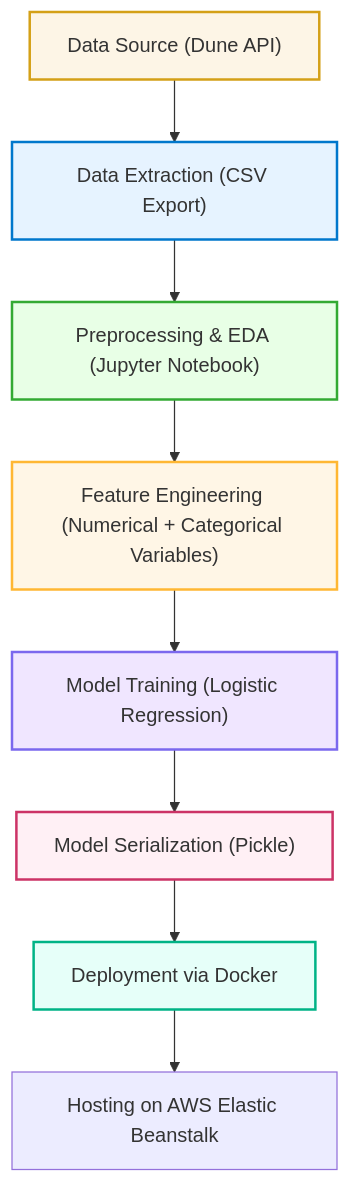
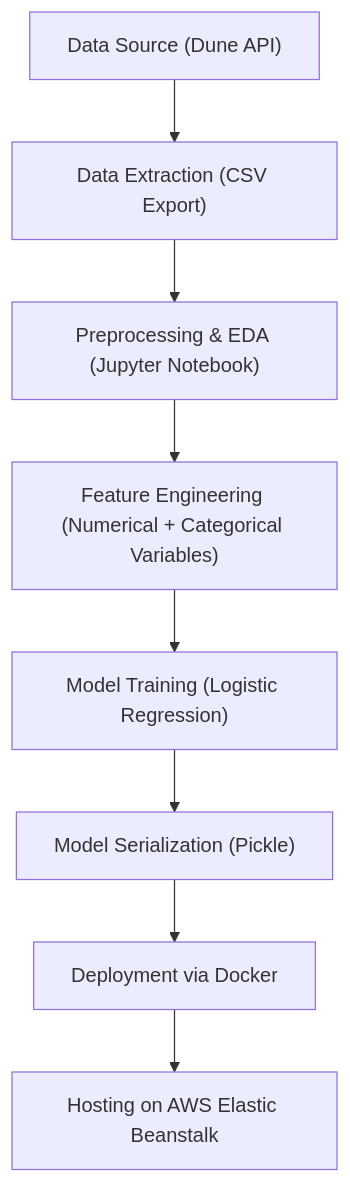
The diagram in README.md (Adebayo88888888/Crypto-Trader-Classifier-good_vs_bad), drawn with Mermaid before and after one commit.

Commit message:
Remove style definitions from diagram in README
Removed style definitions from the README diagram.

````diff
--- a/README.md
+++ b/README.md
@@ -3,19 +3,11 @@
  ```mermaid
 flowchart TD
     A["Data Source (Dune API)"] --> B["Data Extraction (CSV Export)"]
     B --> C["Preprocessing & EDA (Jupyter Notebook)"]
     C --> D["Feature Engineering (Numerical + Categorical Variables)"]
     D --> E["Model Training (Logistic Regression)"]
     E --> F["Model Serialization (Pickle)"]
     F --> G["Deployment via Docker"]
     G --> H["Hosting on AWS Elastic Beanstalk"]
 
-
-    style A fill:#fdf5e6,stroke:#d4a017,stroke-width:2px
-    style B fill:#e6f3ff,stroke:#0077cc,stroke-width:2px
-    style C fill:#e8ffe6,stroke:#33aa33,stroke-width:2px
-    style D fill:#fff6e6,stroke:#ffb733,stroke-width:2px
-    style E fill:#f0e6ff,stroke:#7b68ee,stroke-width:2px
-    style F fill:#fff0f5,stroke:#cc3366,stroke-width:2px
-    style G fill:#e6fff9,stroke:#00b386,stroke-width:2px
 ```
````
